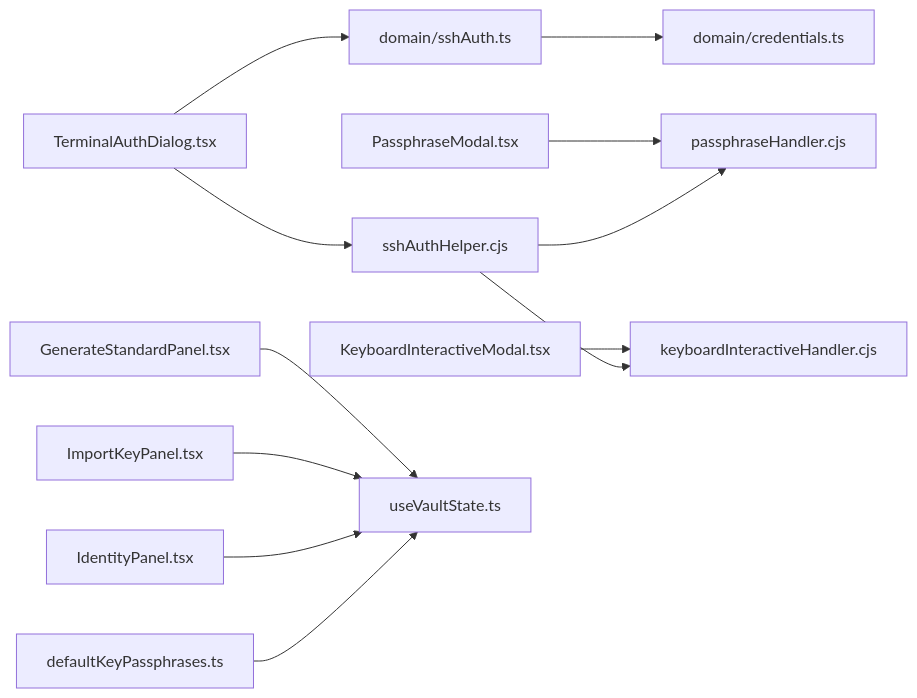
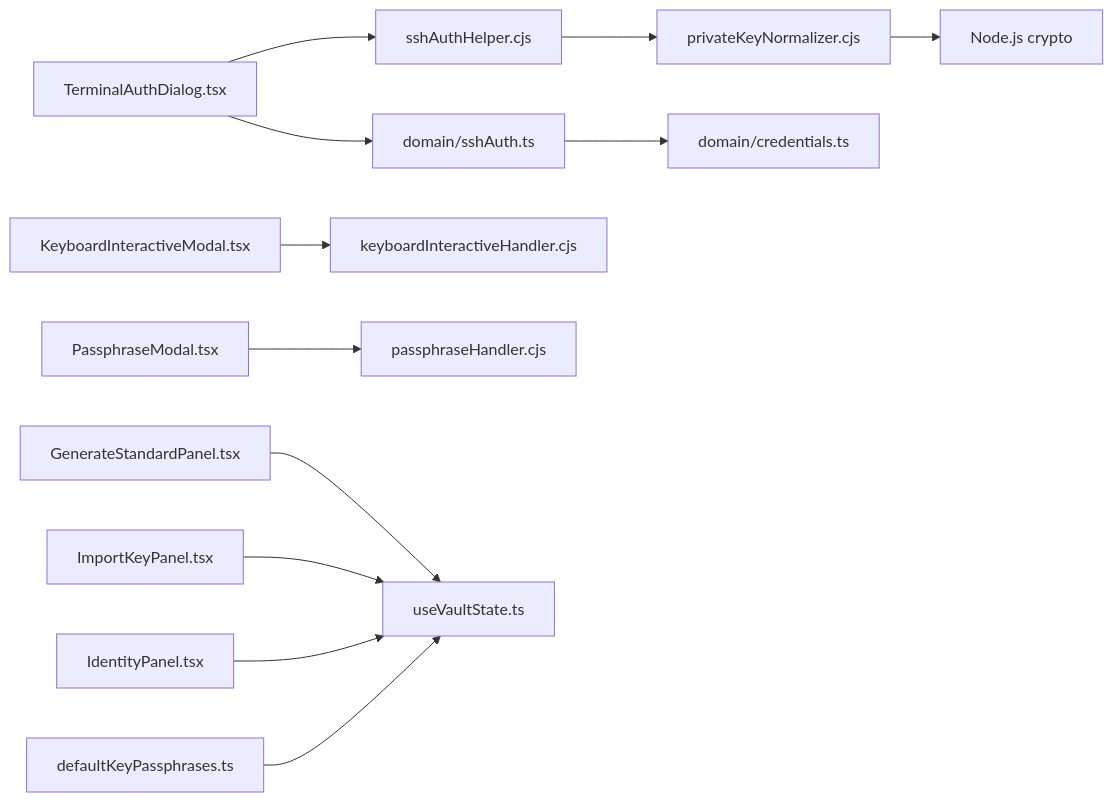
One commit to szeiyou/Netcatty changed diagram 11 of 11 in .qoder/repowiki/zh/content/用户指南/SSH客户端管理/认证方式.md. Above: the diagram before and after it, drawn with Mermaid. The commit also changed other lines of this file and 8 other files, not shown here.

````diff
--- a/.qoder/repowiki/zh/content/用户指南/SSH客户端管理/认证方式.md
+++ b/.qoder/repowiki/zh/content/用户指南/SSH客户端管理/认证方式.md
@@ -396,14 +507,14 @@
 ```mermaid
 graph LR
 TAD["TerminalAuthDialog.tsx"] --> DA["domain/sshAuth.ts"]
 TAD --> SAH["sshAuthHelper.cjs"]
+SAH --> PKN["privateKeyNormalizer.cjs"]
 KIM["KeyboardInteractiveModal.tsx"] --> KIH["keyboardInteractiveHandler.cjs"]
 PM["PassphraseModal.tsx"] --> PH["passphraseHandler.cjs"]
 GSP["GenerateStandardPanel.tsx"] --> UVS["useVaultState.ts"]
 IKP["ImportKeyPanel.tsx"] --> UVS
 IP["IdentityPanel.tsx"] --> UVS
-SAH --> PH
-SAH --> KIH
+PKN --> CRYPTO["Node.js crypto"]
 DA --> DC["domain/credentials.ts"]
 DKP["defaultKeyPassphrases.ts"] --> UVS
 ```
````
